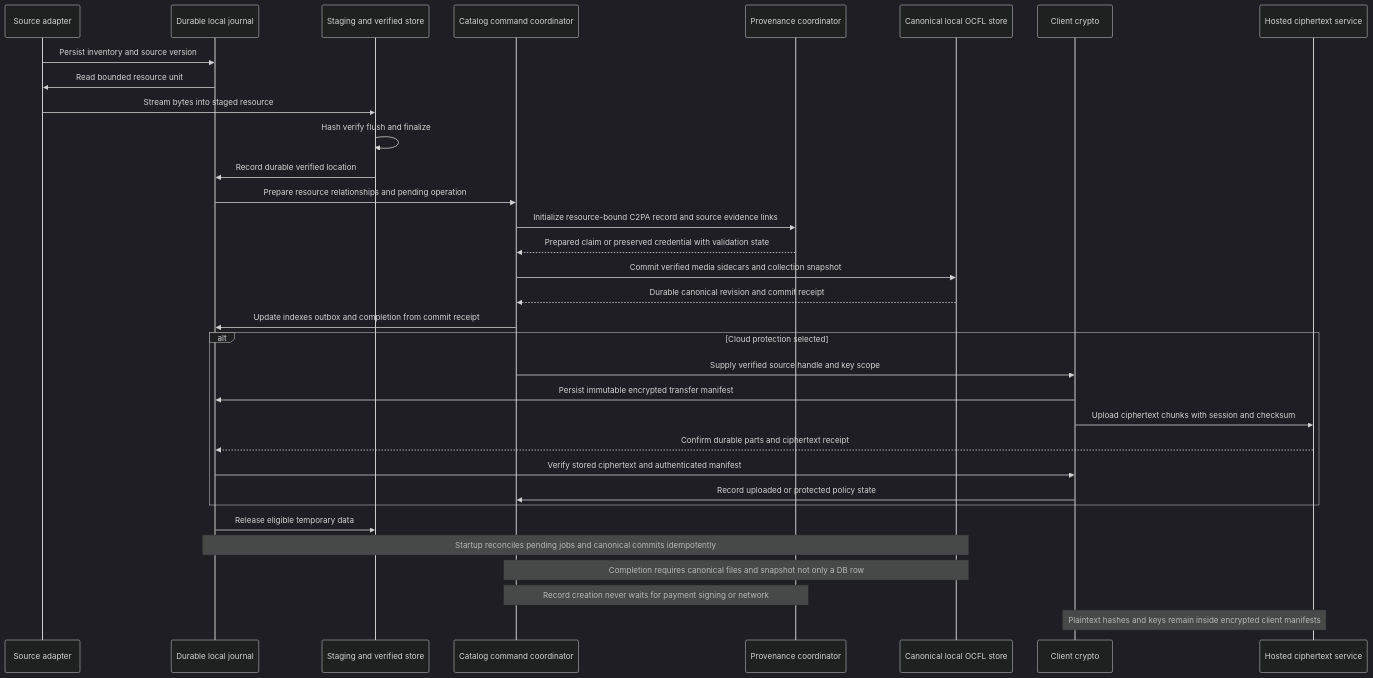
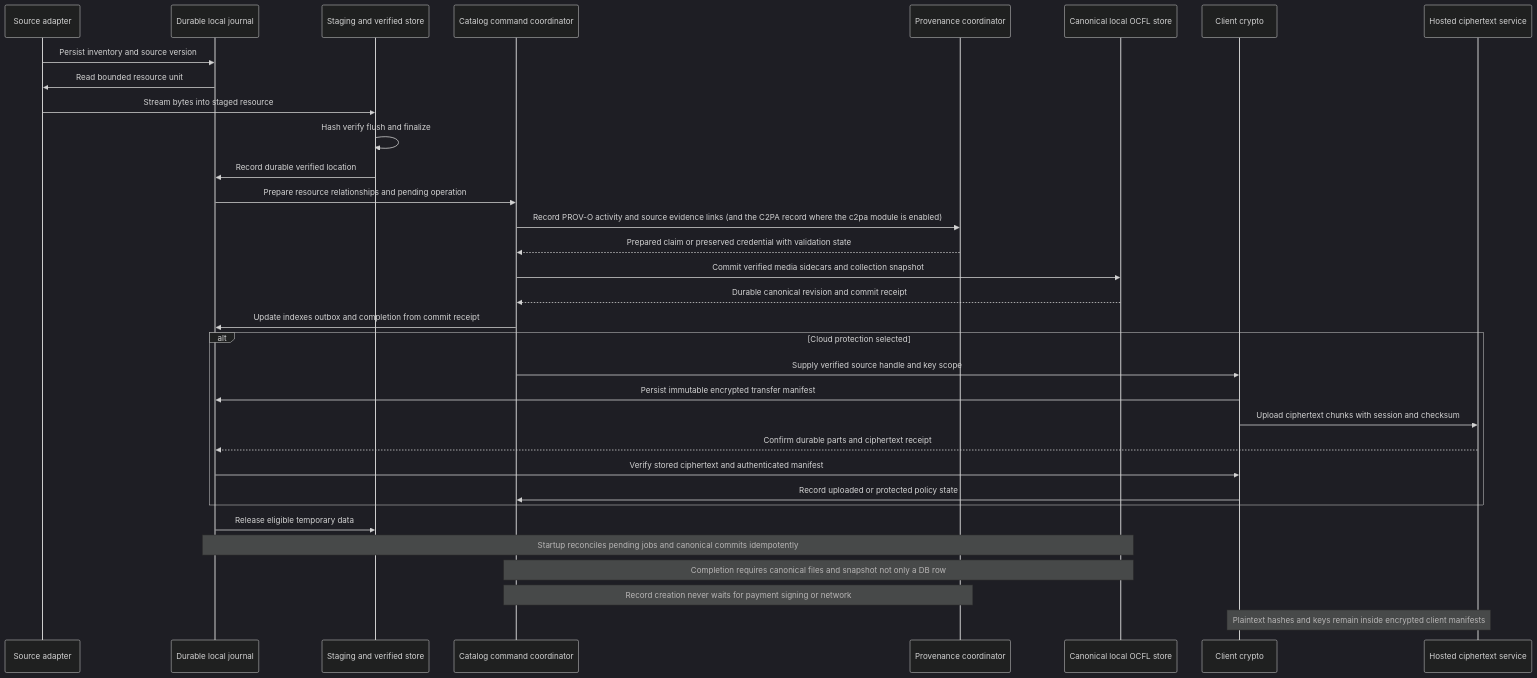
The seventh of 12 diagrams in resources/architecture.md (arkrim-tech/filesquid), drawn with Mermaid (dark theme) before and after one commit. The commit also changed other lines of this file and 39 other files, not shown here.

````diff
--- a/resources/architecture.md
+++ b/resources/architecture.md
@@ -623,35 +623,35 @@
 ```mermaid
 sequenceDiagram
     participant S as Source adapter
     participant J as Durable local journal
     participant W as Staging and verified store
     participant C as Catalog command coordinator
     participant P as Provenance coordinator
     participant O as Canonical local OCFL store
     participant K as Client crypto
     participant H as Hosted ciphertext service
     S->>J: Persist inventory and source version
     J->>S: Read bounded resource unit
     S->>W: Stream bytes into staged resource
     W->>W: Hash verify flush and finalize
     W->>J: Record durable verified location
     J->>C: Prepare resource relationships and pending operation
-    C->>P: Initialize resource-bound C2PA record and source evidence links
+    C->>P: Record PROV-O activity and source evidence links (and the C2PA record where the c2pa module is enabled)
     P-->>C: Prepared claim or preserved credential with validation state
     C->>O: Commit verified media sidecars and collection snapshot
     O-->>C: Durable canonical revision and commit receipt
     C->>J: Update indexes outbox and completion from commit receipt
     alt Cloud protection selected
         C->>K: Supply verified source handle and key scope
         K->>J: Persist immutable encrypted transfer manifest
         K->>H: Upload ciphertext chunks with session and checksum
         H-->>J: Confirm durable parts and ciphertext receipt
         J->>K: Verify stored ciphertext and authenticated manifest
         K->>C: Record uploaded or protected policy state
     end
     J->>W: Release eligible temporary data
     Note over J,O: Startup reconciles pending jobs and canonical commits idempotently
     Note over C,O: Completion requires canonical files and snapshot not only a DB row
     Note over C,P: Record creation never waits for payment signing or network
     Note over K,H: Plaintext hashes and keys remain inside encrypted client manifests
 ```
````
